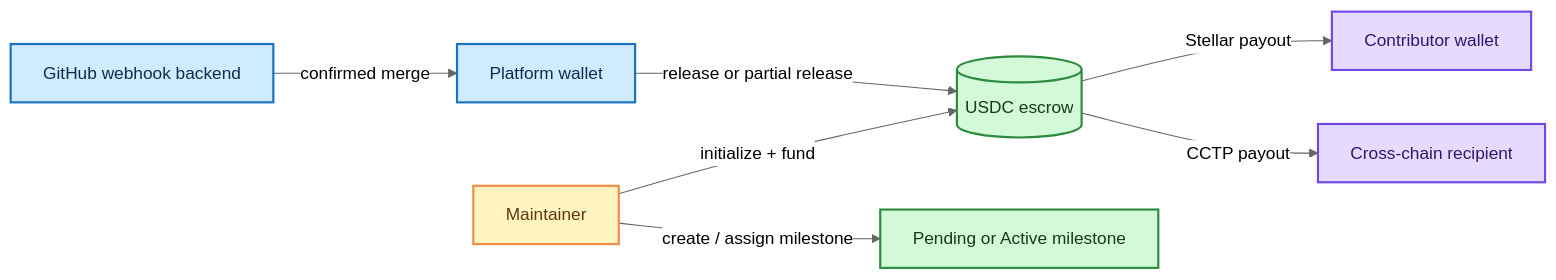
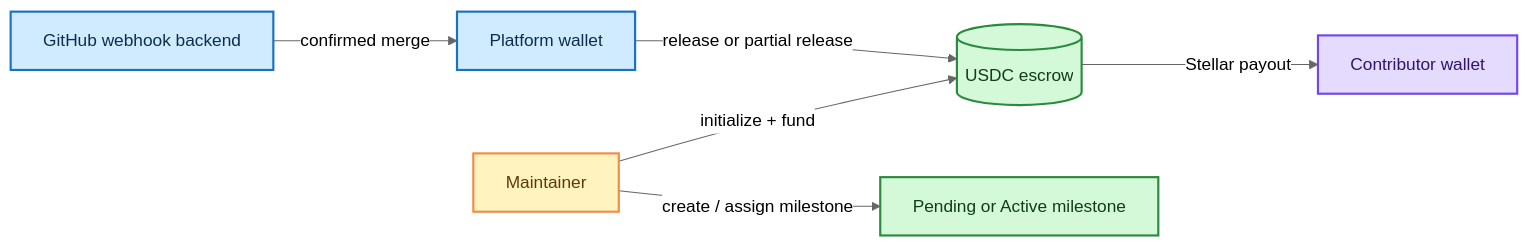
One commit to Trustless-OSS/Toss-Contract changed the diagram in README.md. Above: the diagram before and after it, drawn with Mermaid (neutral theme). The commit also changed 7 other files, not shown here.

Commit message:
refactor: remove CCTP support and simplify PayoutTarget structure

````diff
--- a/README.md
+++ b/README.md
@@ -87,18 +87,17 @@
 ```mermaid
 flowchart LR
     A[Maintainer] -->|initialize + fund| E[(USDC escrow)]
     A -->|create / assign milestone| M[Pending or Active milestone]
     G[GitHub webhook backend] -->|confirmed merge| P[Platform wallet]
     P -->|release or partial release| E
     E -->|Stellar payout| S[Contributor wallet]
-    E -->|CCTP payout| C[Cross-chain recipient]
 
     classDef actor fill:#fff3bf,stroke:#f08c46,color:#5f370e,stroke-width:2px;
     classDef state fill:#d3f9d8,stroke:#2b8a3e,color:#123b1a,stroke-width:2px;
     classDef service fill:#d0ebff,stroke:#1971c2,color:#0b2e4f,stroke-width:2px;
     classDef payout fill:#e5dbff,stroke:#7048e8,color:#30156e,stroke-width:2px;
     class A actor;
     class E,M state;
     class G,P service;
-    class S,C payout;
+    class S payout;
 ```
````
